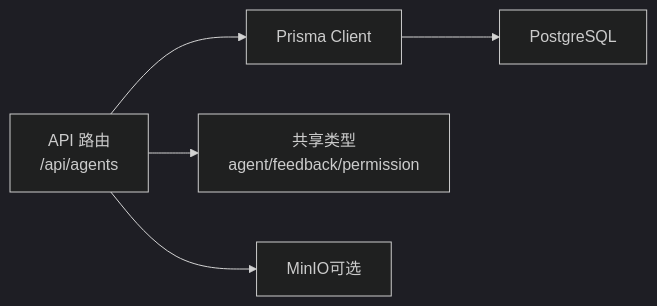
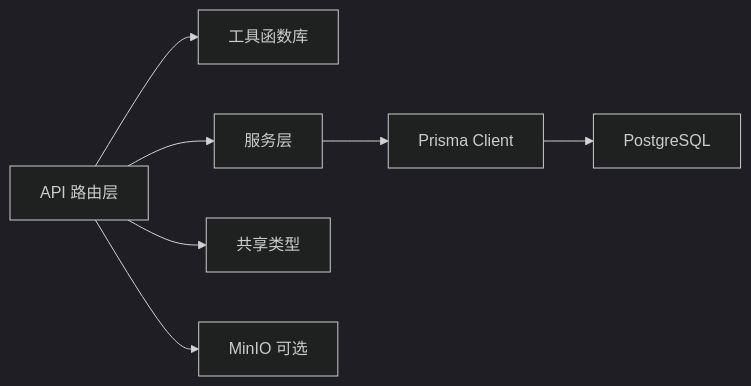
One commit to ai-guru-global/agent-up changed the third of 4 diagrams in .qoder/repowiki/zh/content/API 接口文档.md. Above: the diagram before and after it, drawn with Mermaid (dark theme). The commit also changed other lines of this file and 57 other files, not shown here.

````diff
--- a/.qoder/repowiki/zh/content/API 接口文档.md
+++ b/.qoder/repowiki/zh/content/API 接口文档.md
@@ -346,7 +642,9 @@
 ```mermaid
 graph LR
-Route["API 路由<br/>/api/agents"] --> Prisma["Prisma Client"]
+Route["API 路由层"] --> Utils["工具函数库"]
+Route --> Services["服务层"]
+Services --> Prisma["Prisma Client"]
 Prisma --> PG["PostgreSQL"]
-Route --> SharedTypes["共享类型<br/>agent/feedback/permission"]
-Route --> Storage["MinIO可选"]
+Route --> SharedTypes["共享类型"]
+Route --> Storage["MinIO 可选"]
 ```
````
